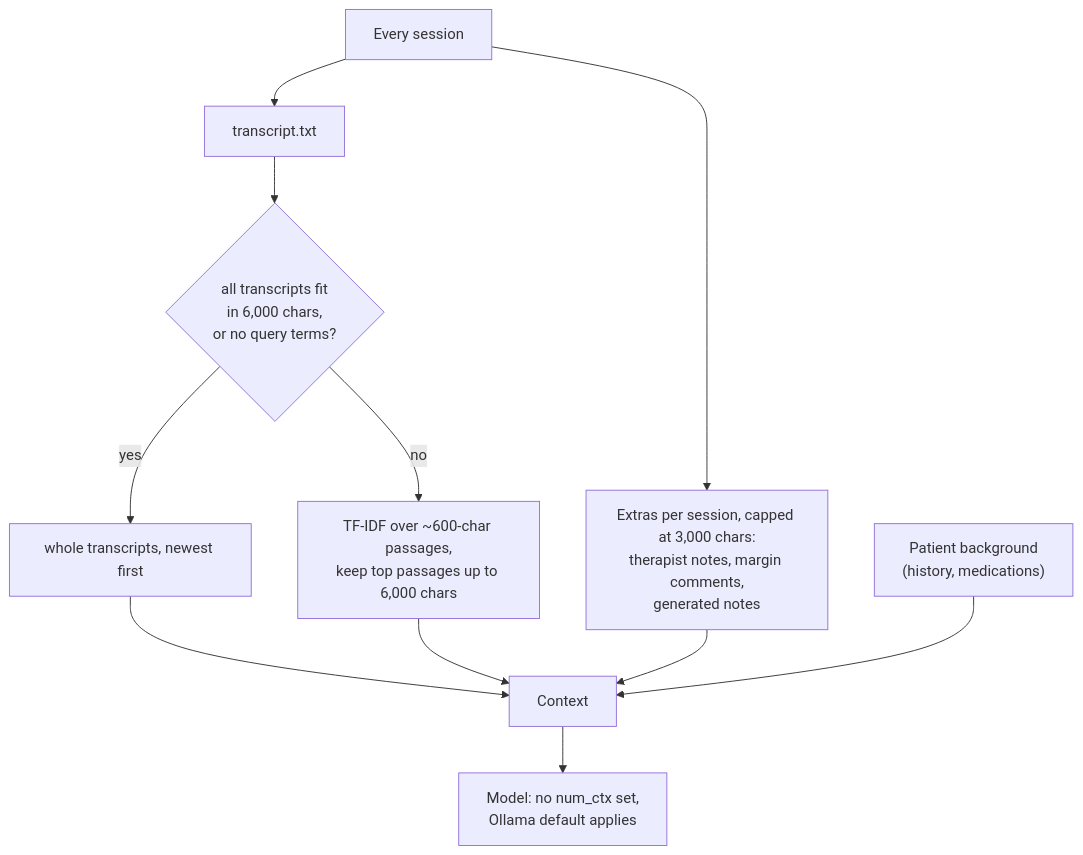
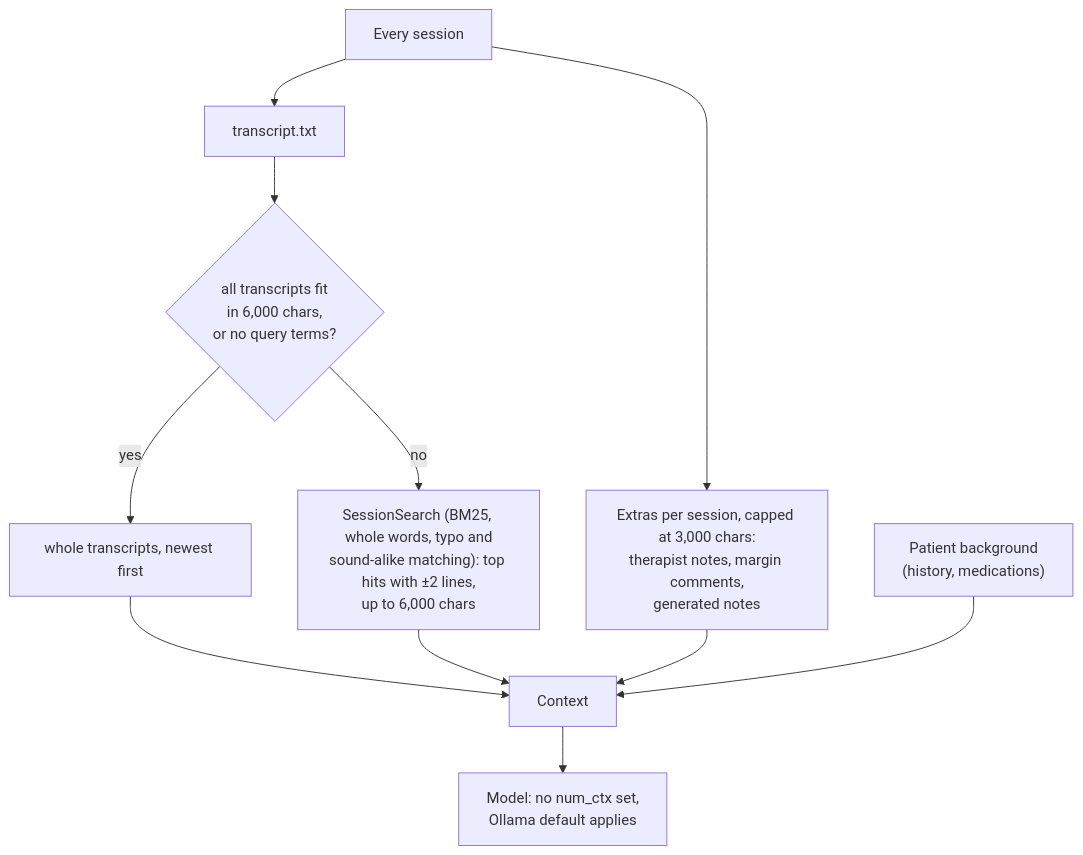
Before and after one commit to mgwedd/aletheia: the first of 4 diagrams in docs/DESIGN-DECISIONS.md, drawn with Mermaid. The commit also changed 12 other files, not shown here.

First line of the commit message:
feat(search): in-memory search and honest coverage for all-session chat

````diff
--- a/docs/DESIGN-DECISIONS.md
+++ b/docs/DESIGN-DECISIONS.md
@@ -16,13 +16,13 @@
 ```mermaid
 flowchart TD
   S[Every session] --> T[transcript.txt]
   S --> X["Extras per session, capped at 3,000 chars:<br/>therapist notes, margin comments,<br/>generated notes"]
   T --> R{"all transcripts fit<br/>in 6,000 chars,<br/>or no query terms?"}
   R -->|yes| W[whole transcripts, newest first]
-  R -->|no| K["TF-IDF over ~600-char passages,<br/>keep top passages up to 6,000 chars"]
+  R -->|no| K["SessionSearch (BM25, whole words, typo and<br/>sound-alike matching): top hits with ±2 lines,<br/>up to 6,000 chars"]
   W --> C[Context]
   K --> C
   X --> C
   B["Patient background<br/>(history, medications)"] --> C
   C --> M["Model: no num_ctx set,<br/>Ollama default applies"]
 ```
````
